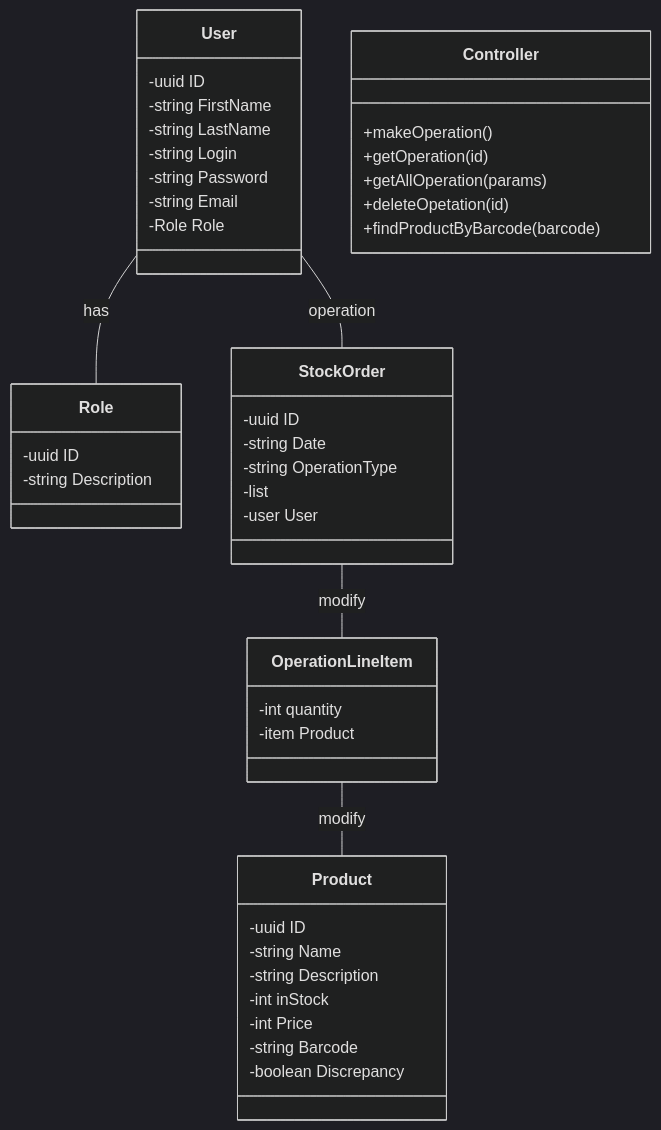
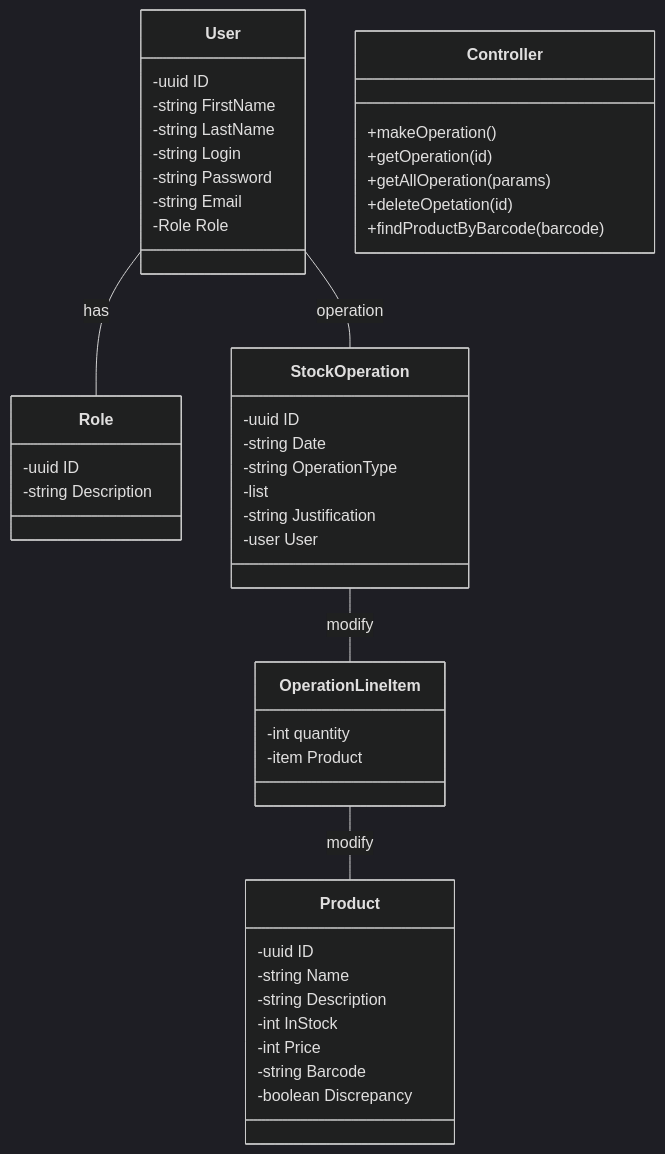
Before and after one commit to PortnovAlex80/node_js_pro: the diagram in api-warehouse/DraftReadme.md, drawn with Mermaid (dark theme). The commit also changed other lines of this file, not shown here.

````diff
--- a/api-warehouse/DraftReadme.md
+++ b/api-warehouse/DraftReadme.md
@@ -3,52 +3,53 @@
 ```mermaid
 classDiagram
 
     class User{
         -uuid ID
         -string FirstName
         -string LastName
         -string Login
         -string Password
         -string Email
         -Role Role   
     }
     class Role{
         -uuid ID
         -string Description
     }
     
-    class StockOrder{
+    class StockOperation{
         -uuid ID
         -string Date
         -string OperationType
         -list<OperationLineItem>
+        -string Justification
         -user User
             }
         class OperationLineItem{
 -int quantity
 -item Product
             }
     
     class Product{
         -uuid ID
         -string Name
         -string Description
-        -int inStock
+        -int InStock
         -int Price
 		-string Barcode
 		-boolean Discrepancy
     }
     
         class Controller {
         +makeOperation()
         +getOperation(id)
         +getAllOperation(params)
         +deleteOpetation(id)
         +findProductByBarcode(barcode)
     }
     
-    User  --  StockOrder : operation
+    User  --  StockOperation : operation
     User  --  Role : has
-    StockOrder  --  OperationLineItem : modify
+    StockOperation  --  OperationLineItem : modify
     OperationLineItem  --  Product : modify
 ```
````
